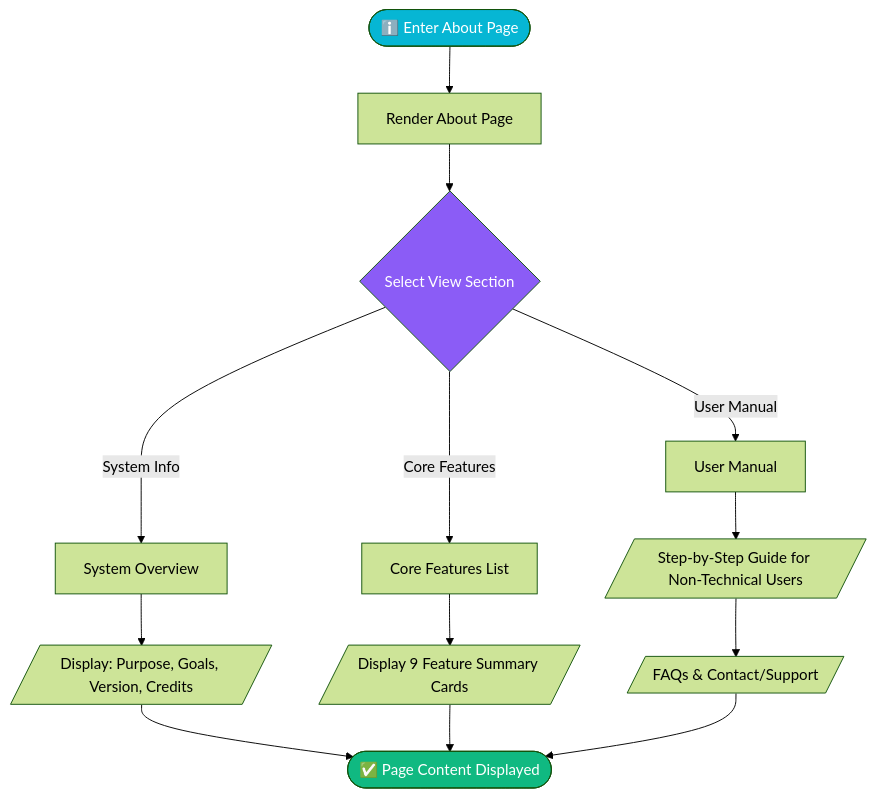
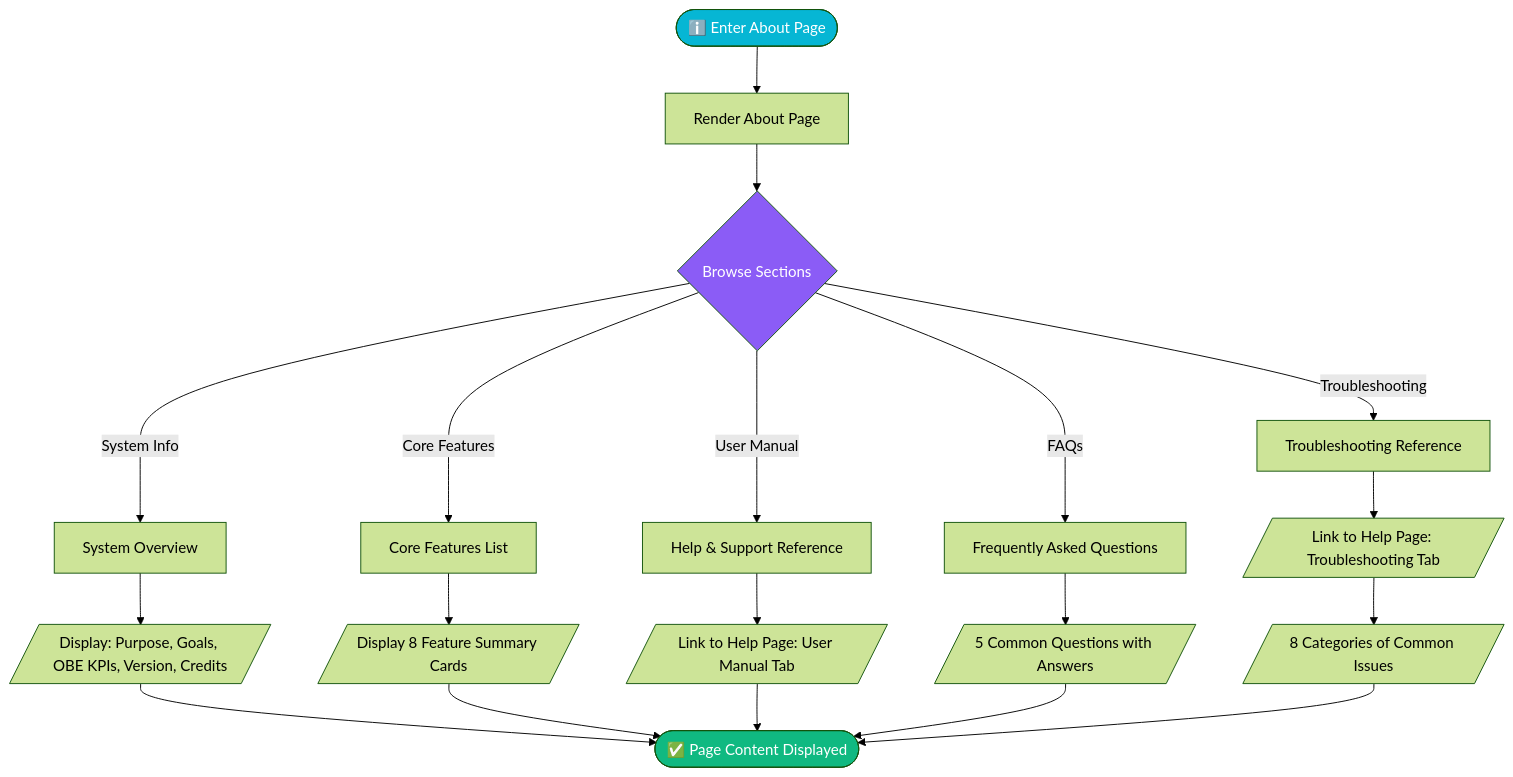
Diagram 12 of 12 in docs/technical/alumni-db-flowcharts.md (rakuya-khun/alumni-db), drawn with Mermaid (forest theme) before and after one commit. The commit also changed other lines of this file and 94 other files, not shown here.

````diff
--- a/docs/technical/alumni-db-flowcharts.md
+++ b/docs/technical/alumni-db-flowcharts.md
@@ -570,21 +667,27 @@
 ```mermaid
 flowchart TD
     A([ℹ️ Enter About Page]) --> B[Render About Page]
-    B --> C{Select View Section}
+    B --> C{Browse Sections}
 
     C -- System Info --> D[System Overview]
-    D --> E[/"Display: Purpose, Goals, Version, Credits"/]
+    D --> E[/"Display: Purpose, Goals, OBE KPIs, Version, Credits"/]
 
     C -- Core Features --> F[Core Features List]
-    F --> G[/"Display 9 Feature Summary Cards"/]
+    F --> G[/"Display 8 Feature Summary Cards"/]
 
-    C -- User Manual --> H[User Manual]
-    H --> I[/"Step-by-Step Guide for Non-Technical Users"/]
-    I --> J[/"FAQs & Contact/Support"/]
+    C -- User Manual --> H["Help & Support Reference"]
+    H --> I[/"Link to Help Page: User Manual Tab"/]
 
-    E & G & J --> K([✅ Page Content Displayed])
+    C -- FAQs --> J[Frequently Asked Questions]
+    J --> K[/"5 Common Questions with Answers"/]
+
+    C -- Troubleshooting --> L[Troubleshooting Reference]
+    L --> M[/"Link to Help Page: Troubleshooting Tab"/]
+    M --> N[/"8 Categories of Common Issues"/]
+
+    E & G & I & K & N --> O([✅ Page Content Displayed])
 
     style A fill:#06b6d4,color:#fff
-    style K fill:#10b981,color:#fff
+    style O fill:#10b981,color:#fff
     style C fill:#8b5cf6,color:#fff
 ```
````
